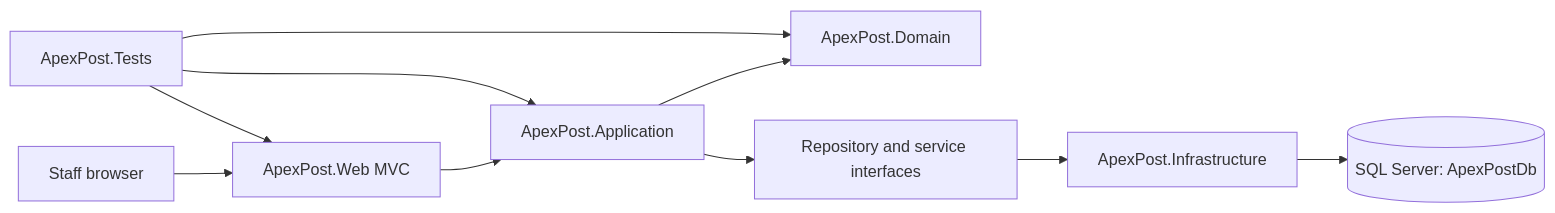
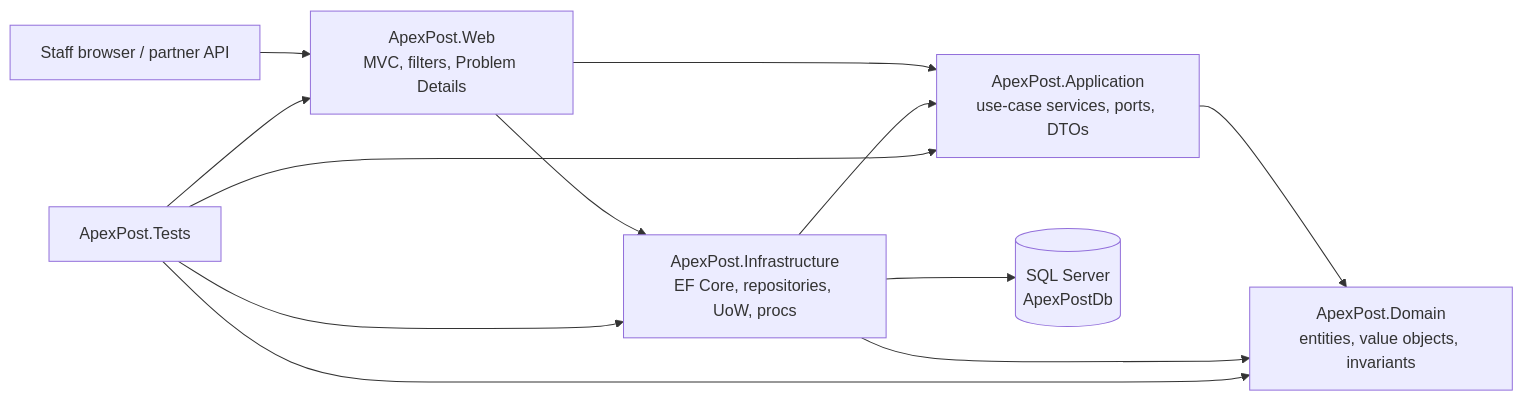
One commit to joshishubh03/ApexPost-Project changed the first of 3 diagrams in DESIGN.md. Above: the diagram before and after it, drawn with Mermaid. The commit also changed other lines of this file and 141 other files, not shown here.

````diff
--- a/DESIGN.md
+++ b/DESIGN.md
@@ -14,12 +9,11 @@
 ```mermaid
 flowchart LR
-    Browser[Staff browser] --> Web[ApexPost.Web MVC]
-    Web --> App[ApexPost.Application]
-    App --> Domain[ApexPost.Domain]
-    App --> Ports[Repository and service interfaces]
-    Ports --> Infra[ApexPost.Infrastructure]
-    Infra --> Sql[(SQL Server: ApexPostDb)]
-    Tests[ApexPost.Tests] --> Web
-    Tests --> App
-    Tests --> Domain
+    Browser[Staff browser / partner API] --> Web[ApexPost.Web<br/>MVC, filters, Problem Details]
+    Web --> App[ApexPost.Application<br/>use-case services, ports, DTOs]
+    App --> Domain[ApexPost.Domain<br/>entities, value objects, invariants]
+    Infra[ApexPost.Infrastructure<br/>EF Core, repositories, UoW, procs] --> App
+    Infra --> Domain
+    Web --> Infra
+    Infra --> Sql[(SQL Server<br/>ApexPostDb)]
+    Tests[ApexPost.Tests] --> Web & App & Domain & Infra
 ```
````
